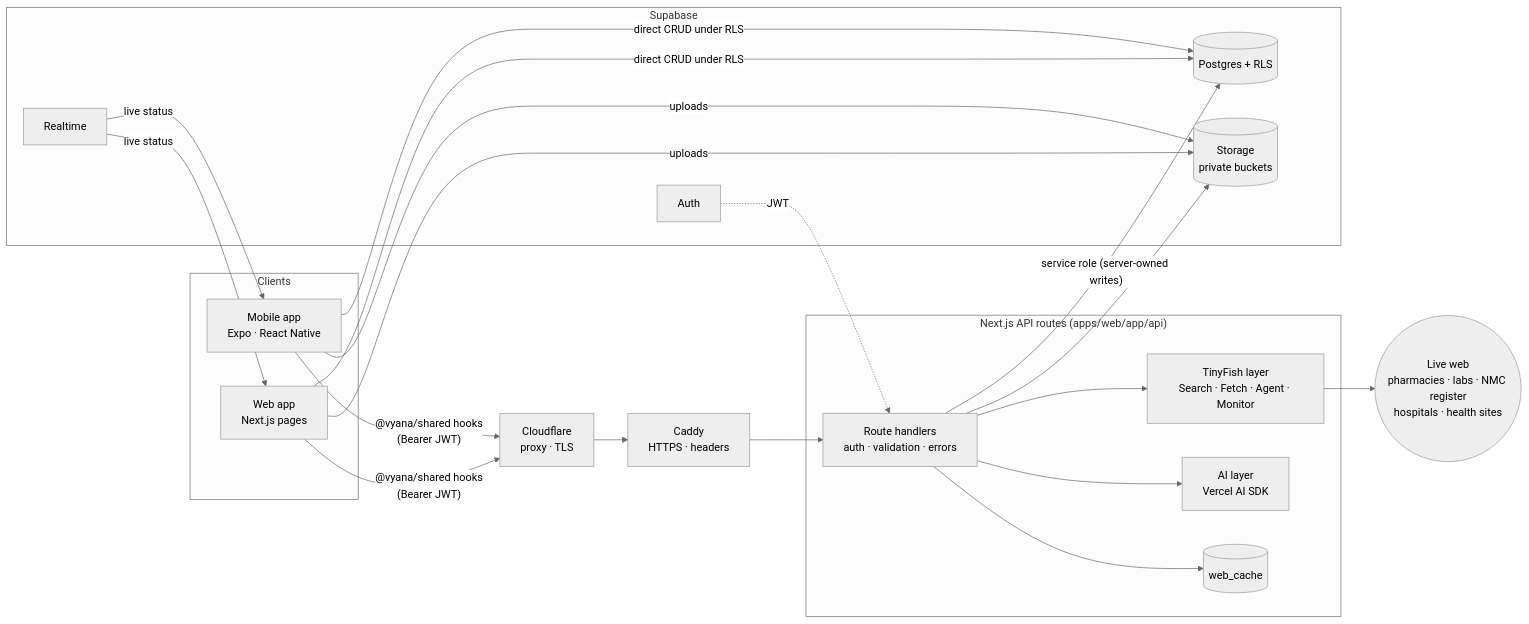
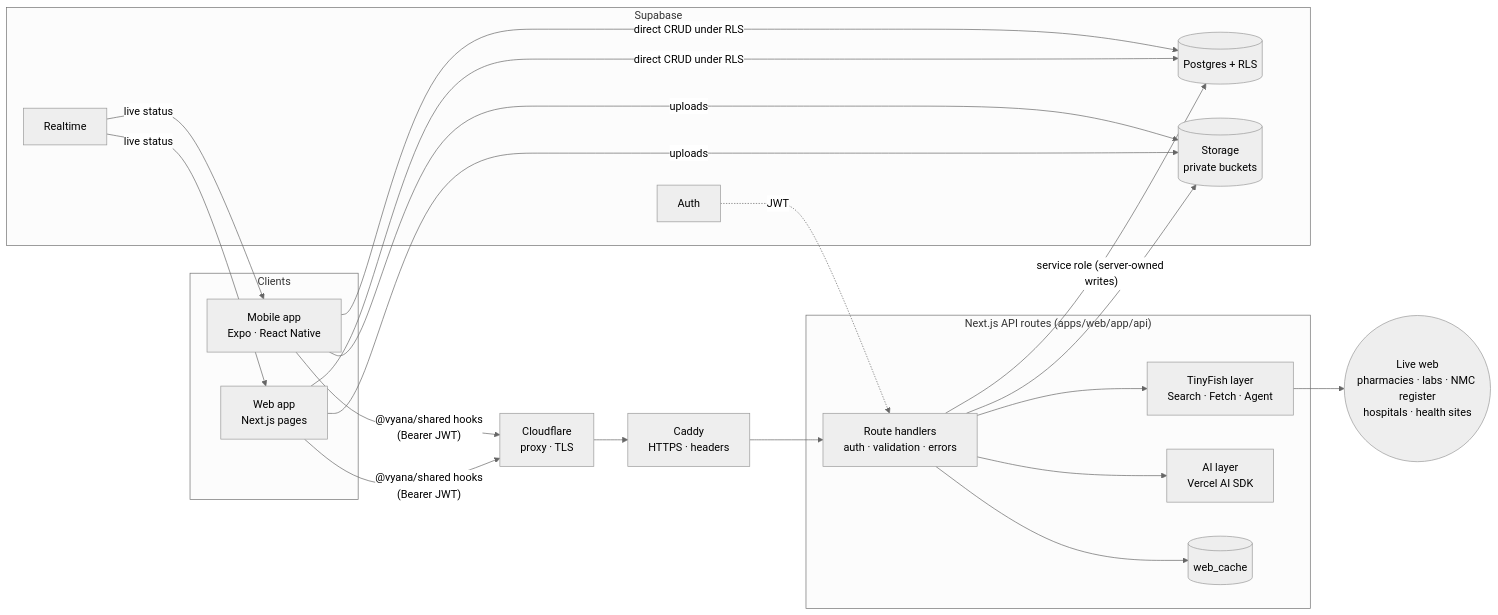
Before and after one commit to AlicanAkyol/vyana: the first of 2 diagrams in ARCHITECTURE.md, drawn with Mermaid (neutral theme). The commit also changed 4 other files, not shown here.

````diff
--- a/ARCHITECTURE.md
+++ b/ARCHITECTURE.md
@@ -5,33 +5,33 @@
 ```mermaid
 flowchart LR
   subgraph Clients
     M["Mobile app<br/>Expo · React Native"]
     W["Web app<br/>Next.js pages"]
   end
   CF["Cloudflare<br/>proxy · TLS"]
   CD["Caddy<br/>HTTPS · headers"]
   subgraph Server["Next.js API routes (apps/web/app/api)"]
     API["Route handlers<br/>auth · validation · errors"]
-    TF["TinyFish layer<br/>Search · Fetch · Agent · Monitor"]
+    TF["TinyFish layer<br/>Search · Fetch · Agent"]
     AI["AI layer<br/>Vercel AI SDK"]
     C[("web_cache")]
   end
   subgraph Supabase
     DB[("Postgres + RLS")]
     ST[("Storage<br/>private buckets")]
     RT["Realtime"]
     AU["Auth"]
   end
   WEB(("Live web<br/>pharmacies · labs · NMC register<br/>hospitals · health sites"))
 
   M & W -- "@vyana/shared hooks<br/>(Bearer JWT)" --> CF --> CD --> API
   M & W -- "direct CRUD under RLS" --> DB
   M & W -- "uploads" --> ST
   RT -- "live status" --> M & W
   API --> TF --> WEB
   API --> AI
   API --> C
   API -- "service role (server-owned writes)" --> DB
   API --> ST
   AU -.->|JWT| API
 ```
````
